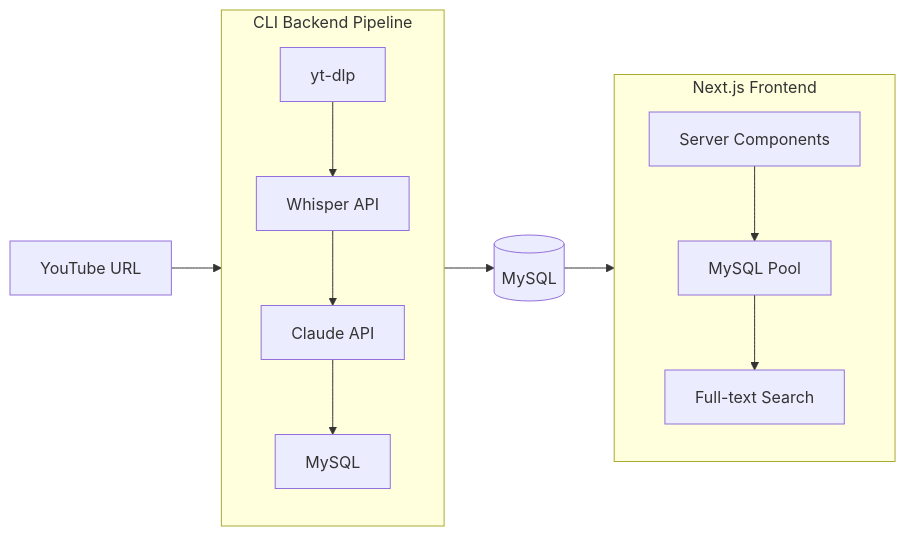
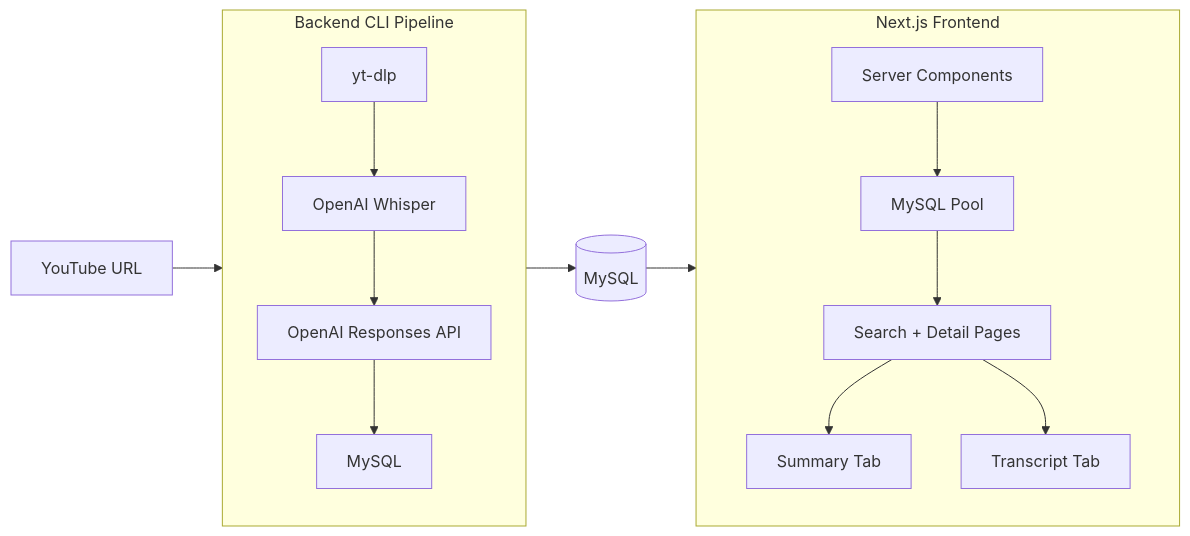
Before and after one commit to ad17-2/catatan-firman: the diagram in README.md, drawn with Mermaid. The commit also changed other lines of this file and 22 other files, not shown here.

````diff
--- a/README.md
+++ b/README.md
@@ -14,17 +16,19 @@
 ```mermaid
 flowchart LR
-    A[YouTube URL] --> B[CLI Backend]
+    A[YouTube URL] --> B[Backend CLI]
     B --> C[(MySQL)]
     C --> D[Next.js App]
 
-    subgraph B[CLI Backend Pipeline]
-        B1[yt-dlp] --> B2[Whisper API]
-        B2 --> B3[Claude API]
+    subgraph B[Backend CLI Pipeline]
+        B1[yt-dlp] --> B2[OpenAI Whisper]
+        B2 --> B3[OpenAI Responses API]
         B3 --> B4[MySQL]
     end
 
     subgraph D[Next.js Frontend]
         D1[Server Components] --> D2[MySQL Pool]
-        D2 --> D3[Full-text Search]
+        D2 --> D3[Search + Detail Pages]
+        D3 --> D4[Summary Tab]
+        D3 --> D5[Transcript Tab]
     end
 ```
````
